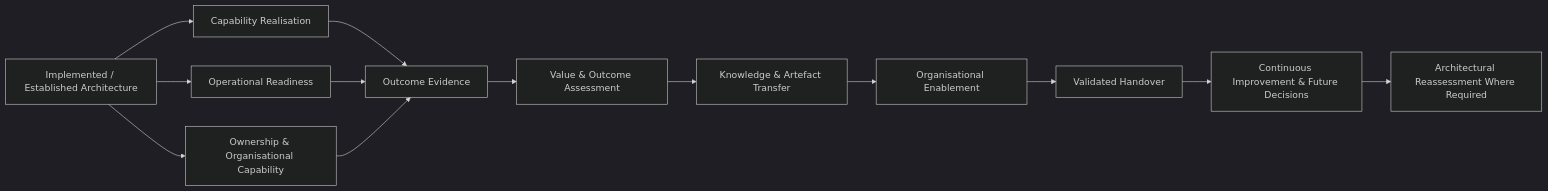
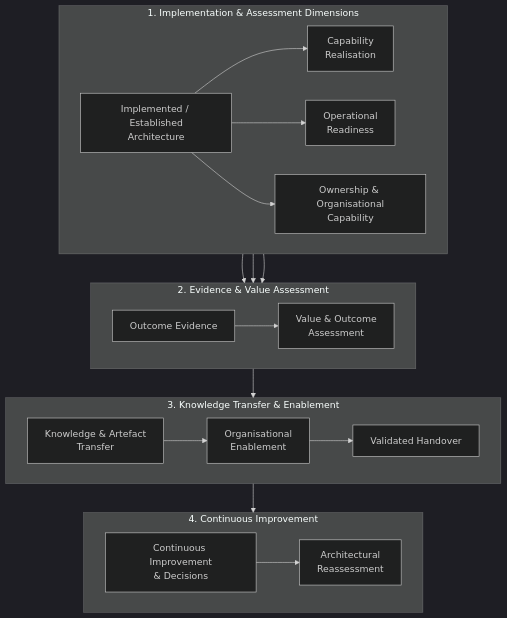
One commit to avfranco-br/portfolio changed the first of 5 diagrams in docs/sop/05-value-realisation-handover.md. Above: the diagram before and after it, drawn with Mermaid (dark theme). The commit also changed other lines of this file and 10 other files, not shown here.

Commit message:
Refactor Mermaid diagrams across SOP and methods documentation for legibility

````diff
--- a/docs/sop/05-value-realisation-handover.md
+++ b/docs/sop/05-value-realisation-handover.md
@@ -39,15 +39,31 @@
 ```mermaid
-flowchart LR
-    A["Implemented / Established Architecture"] --> B["Capability Realisation"]
-    A --> C["Operational Readiness"]
-    A --> D["Ownership & Organisational Capability"]
-    B --> E["Outcome Evidence"]
-    C --> E
-    D --> E
-    E --> F["Value & Outcome Assessment"]
-    F --> G["Knowledge & Artefact Transfer"]
-    G --> H["Organisational Enablement"]
-    H --> I["Validated Handover"]
-    I --> J["Continuous Improvement & Future Decisions"]
-    J --> K["Architectural Reassessment Where Required"]
+flowchart TD
+    subgraph Execution["1. Implementation & Assessment Dimensions"]
+        direction LR
+        A["Implemented / Established<br/>Architecture"] --> B["Capability<br/>Realisation"]
+        A --> C["Operational<br/>Readiness"]
+        A --> D["Ownership & Organisational<br/>Capability"]
+    end
+
+    subgraph Assessment["2. Evidence & Value Assessment"]
+        direction LR
+        B --> E["Outcome Evidence"]
+        C --> E
+        D --> E
+        E --> F["Value & Outcome<br/>Assessment"]
+    end
+
+    subgraph Handover["3. Knowledge Transfer & Enablement"]
+        direction LR
+        G["Knowledge & Artefact<br/>Transfer"] --> H["Organisational<br/>Enablement"]
+        H --> I["Validated Handover"]
+    end
+
+    subgraph Evolution["4. Continuous Improvement"]
+        direction LR
+        J["Continuous Improvement<br/>& Decisions"] --> K["Architectural<br/>Reassessment"]
+    end
+
+    F --> G
+    I --> J
 ```
````
